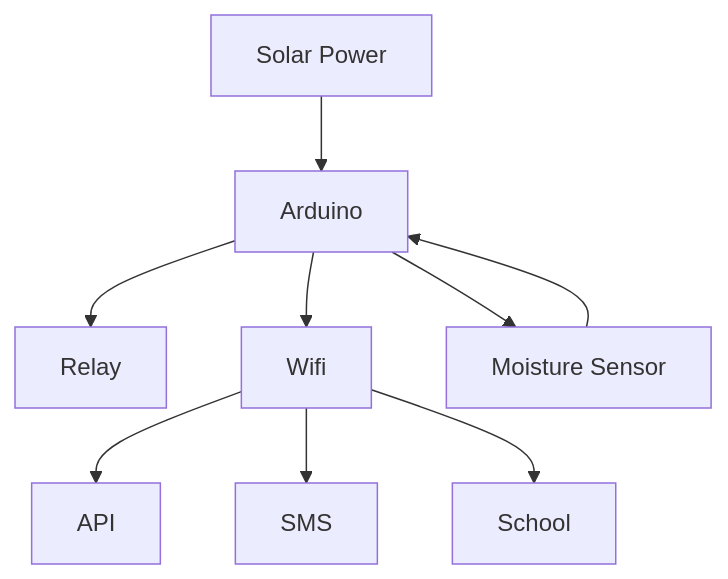
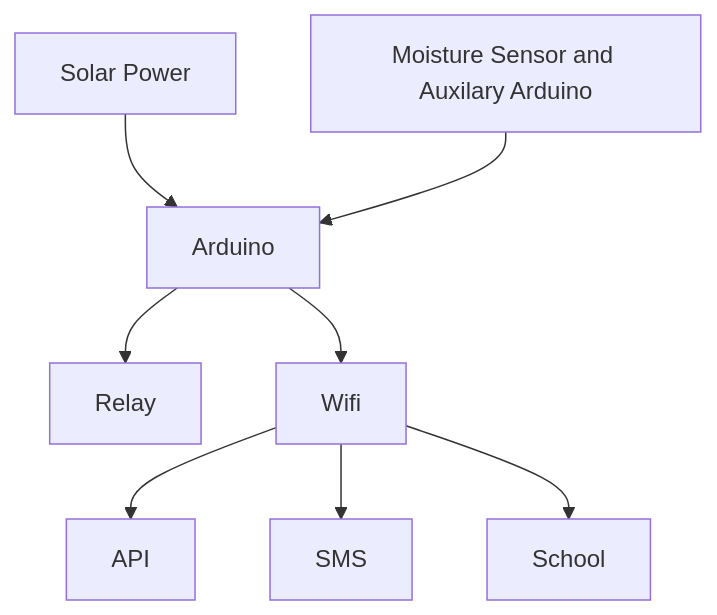
One commit to FegelSamuel/Sprinkler-System changed the diagram in README.md. Above: the diagram before and after it, drawn with Mermaid.

````diff
--- a/README.md
+++ b/README.md
@@ -1,11 +1,10 @@
 ```mermaid
 graph TD
     A["Solar Power"] --> B["Arduino"]
     B["Arduino"] --> H["Relay"]
     B["Arduino"] --> C["Wifi"]
-    B["Arduino"] --> D["Moisture Sensor and Auxilary Arduino"]
     C["Wifi"] --> E["API"]
     C["Wifi"] --> F["SMS"]
     C["Wifi"] --> G["School"]
-    D["Moisture Sensor"] --> B["Arduino"]
+    D["Moisture Sensor and Auxilary Arduino"] --> B["Arduino"]
 ```
````
